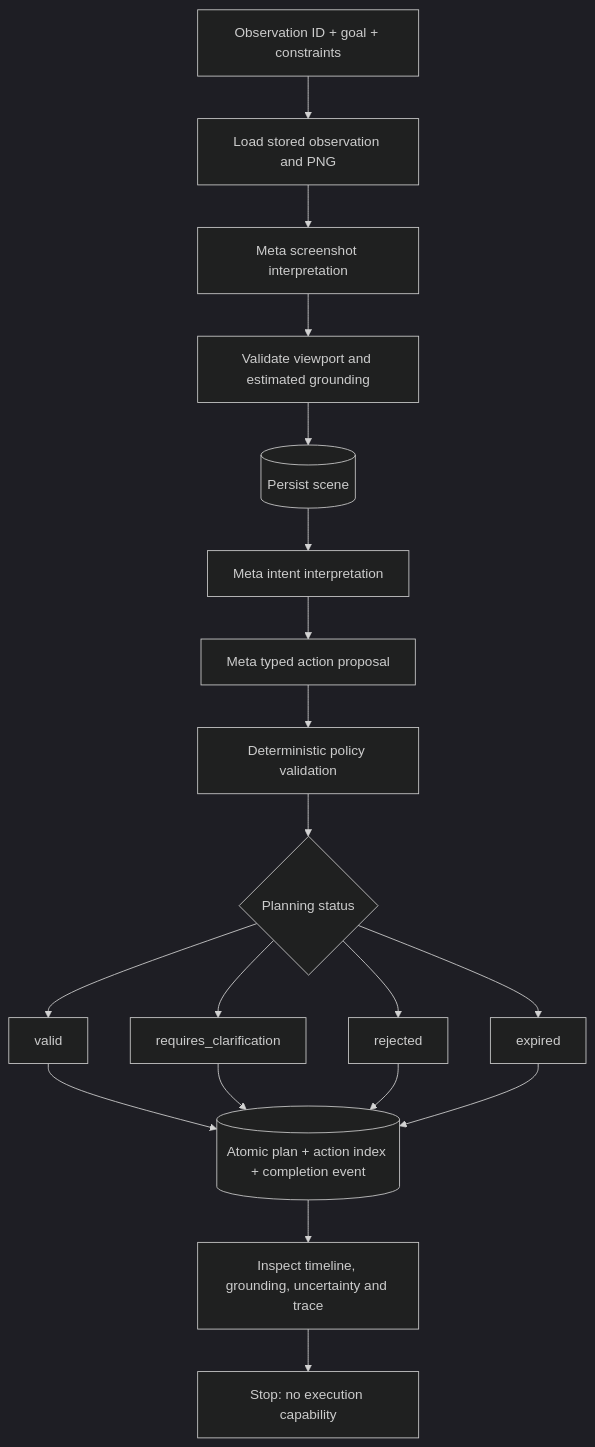
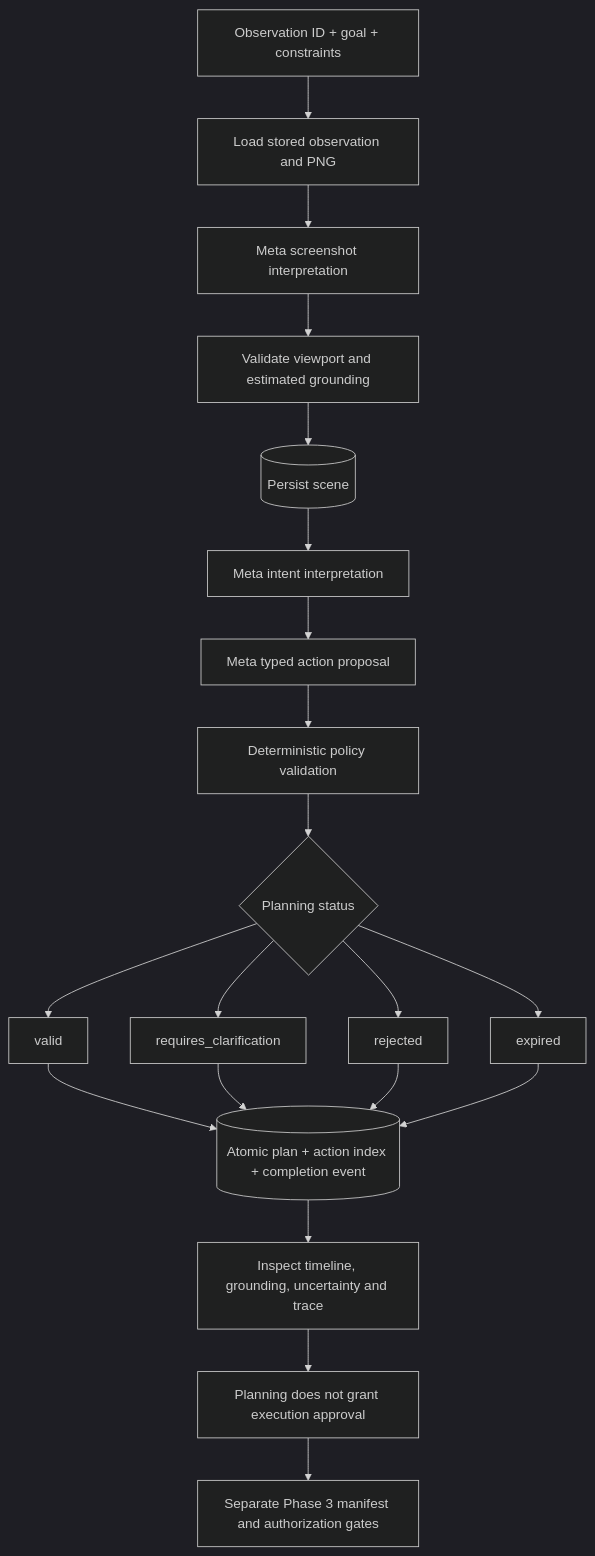
The third of 3 diagrams in docs/ARCHITECTURE.md (AlanHerrera01/INTI-IA-META-HACKATHON), drawn with Mermaid (dark theme) before and after one commit. The commit also changed other lines of this file and 6 other files, not shown here.

Commit message:
docs: record Phase 3 architecture and measured sandbox execution

````diff
--- a/docs/ARCHITECTURE.md
+++ b/docs/ARCHITECTURE.md
@@ -95,21 +171,22 @@
 ```mermaid
 flowchart TD
     R[Observation ID + goal + constraints] --> O[Load stored observation and PNG]
     O --> V[Meta screenshot interpretation]
     V --> G[Validate viewport and estimated grounding]
     G --> S[(Persist scene)]
     S --> I[Meta intent interpretation]
     I --> P[Meta typed action proposal]
     P --> D[Deterministic policy validation]
     D --> Status{Planning status}
     Status --> Valid[valid]
     Status --> Clarify[requires_clarification]
     Status --> Reject[rejected]
     Status --> Expired[expired]
     Valid --> DB[(Atomic plan + action index + completion event)]
     Clarify --> DB
     Reject --> DB
     Expired --> DB
     DB --> UI[Inspect timeline, grounding, uncertainty and trace]
-    UI --> Stop[Stop: no execution capability]
+    UI --> Stop[Planning does not grant execution approval]
+    Stop --> Execute[Separate Phase 3 manifest and authorization gates]
 ```
````
